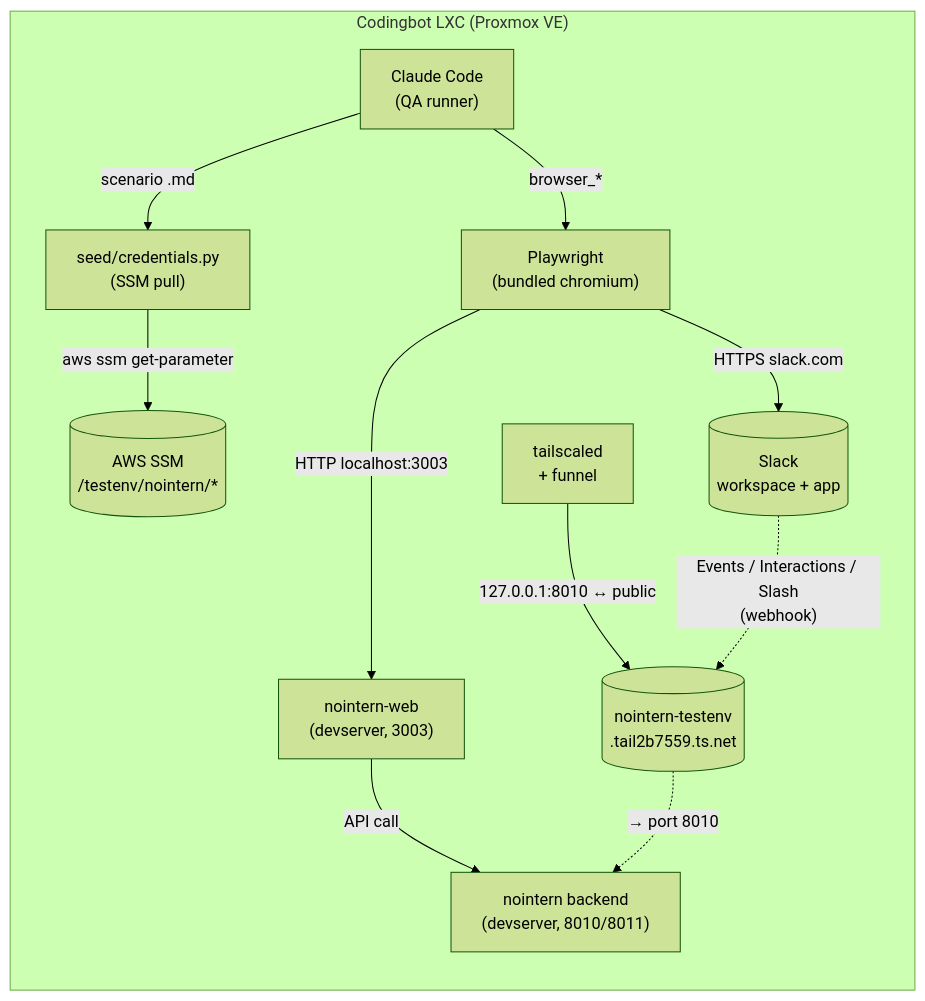
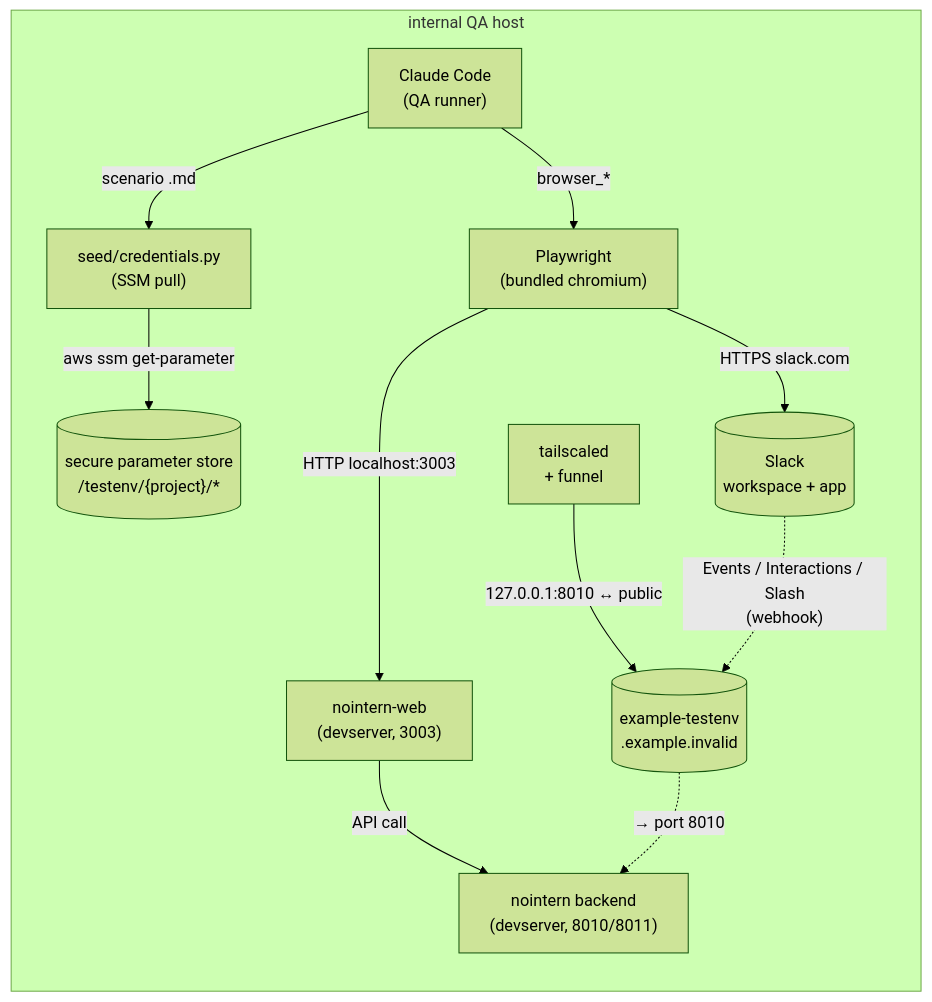
Before and after one commit to azents/azents: the diagram in docs/azents/design/integrations-e2e.md, drawn with Mermaid (forest theme). The commit also changed other lines of this file and 18 other files, not shown here.

````diff
--- a/docs/azents/design/integrations-e2e.md
+++ b/docs/azents/design/integrations-e2e.md
@@ -77,23 +77,23 @@
 ```mermaid
 flowchart LR
-    subgraph Codingbot["Codingbot LXC (Proxmox VE)"]
+    subgraph QAHost["internal QA host"]
         QA["Claude Code\n(QA runner)"]
         PW["Playwright\n(bundled chromium)"]
         TS["tailscaled\n+ funnel"]
         Backend["nointern backend\n(devserver, 8010/8011)"]
         Web["nointern-web\n(devserver, 3003)"]
         Cred["seed/credentials.py\n(SSM pull)"]
 
         QA -- "browser_*" --> PW
         QA -- "scenario .md" --> Cred
-        Cred -- "aws ssm get-parameter" --> SSM[("AWS SSM\n/testenv/nointern/*")]
+        Cred -- "aws ssm get-parameter" --> SSM[("secure parameter store\n/testenv/{project}/*")]
         PW -- "HTTP localhost:3003" --> Web
         PW -- "HTTPS slack.com" --> Slack[("Slack\nworkspace + app")]
         Web -- "API call" --> Backend
 
-        TS -- "127.0.0.1:8010 ↔ public" --> Funnel[("nointern-testenv\n.tail2b7559.ts.net")]
+        TS -- "127.0.0.1:8010 ↔ public" --> Funnel[("example-testenv\n.example.invalid")]
     end
 
     Slack -. "Events / Interactions / Slash\n(webhook)" .-> Funnel
     Funnel -. "→ port 8010" .-> Backend
 ```
````
